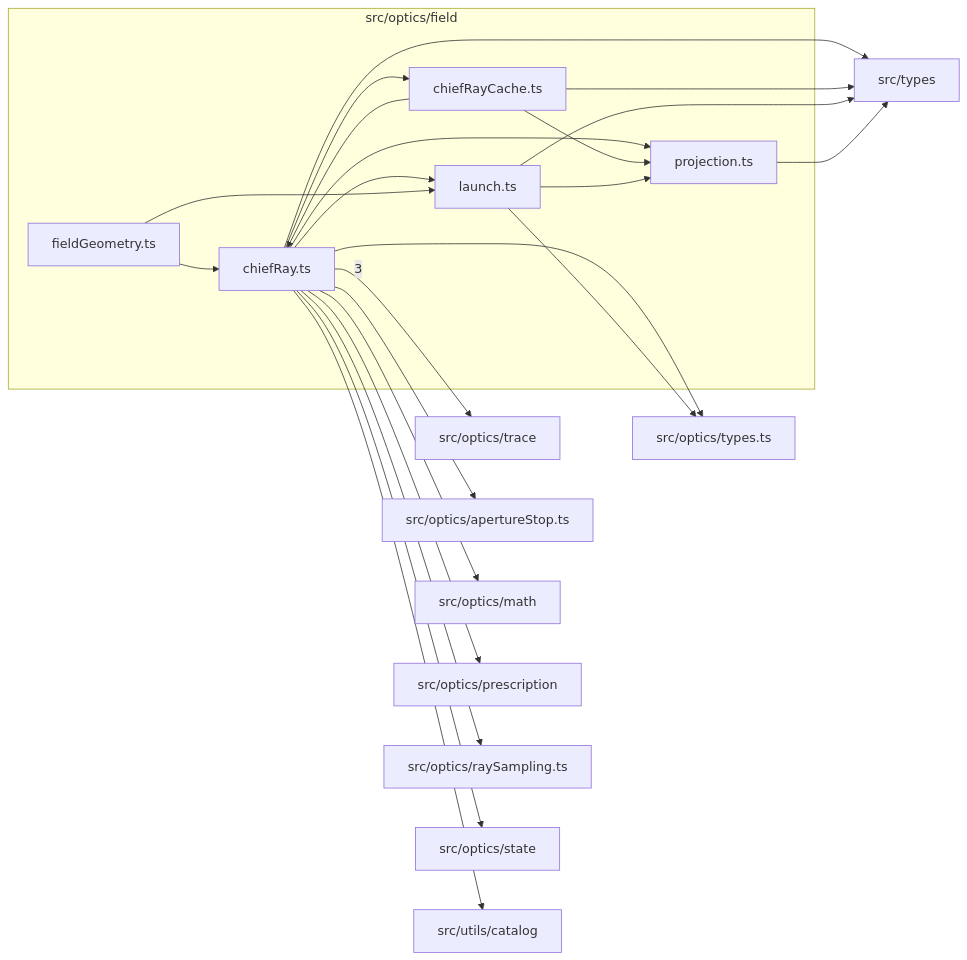
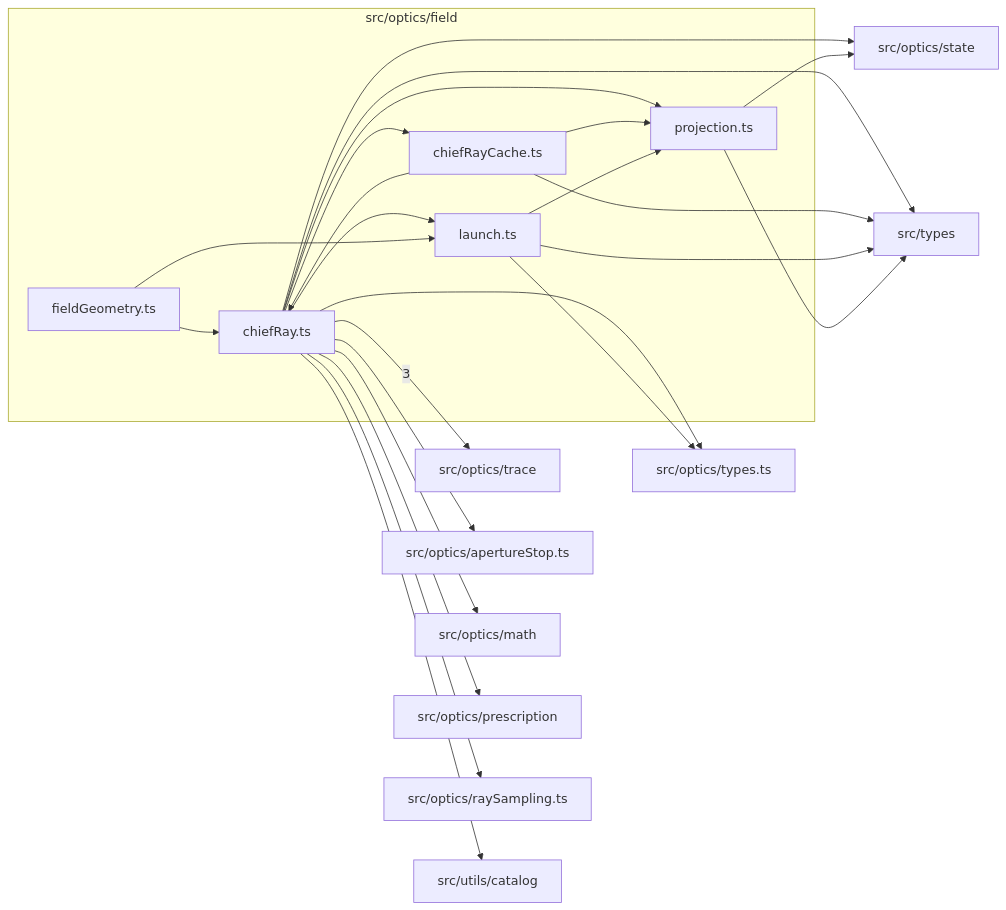
One commit to ronbuening/LensVisualizer changed the diagram in src/optics/field/readme.md. Above: the diagram before and after it, drawn with Mermaid. The commit also changed other lines of this file and 40 other files, not shown here.

````diff
--- a/src/optics/field/readme.md
+++ b/src/optics/field/readme.md
@@ -9,40 +9,41 @@
 ```mermaid
 flowchart LR
   subgraph n_src_optics_field["src/optics/field"]
     n_src_optics_field_src_optics_field_chiefRay_ts["chiefRay.ts"]
     n_src_optics_field_src_optics_field_chiefRayCache_ts["chiefRayCache.ts"]
     n_src_optics_field_src_optics_field_fieldGeometry_ts["fieldGeometry.ts"]
     n_src_optics_field_src_optics_field_launch_ts["launch.ts"]
     n_src_optics_field_src_optics_field_projection_ts["projection.ts"]
   end
   n_external_src_optics_trace["src/optics/trace"]
   n_external_src_optics_apertureStop_ts["src/optics/apertureStop.ts"]
   n_external_src_optics_math["src/optics/math"]
   n_external_src_optics_prescription["src/optics/prescription"]
   n_external_src_optics_raySampling_ts["src/optics/raySampling.ts"]
   n_external_src_optics_state["src/optics/state"]
   n_external_src_optics_types_ts["src/optics/types.ts"]
   n_external_src_types["src/types"]
   n_external_src_utils_catalog["src/utils/catalog"]
   n_src_optics_field_src_optics_field_chiefRay_ts --> |3| n_external_src_optics_trace
   n_src_optics_field_src_optics_field_chiefRay_ts --> n_external_src_optics_apertureStop_ts
   n_src_optics_field_src_optics_field_chiefRay_ts --> n_external_src_optics_math
   n_src_optics_field_src_optics_field_chiefRay_ts --> n_external_src_optics_prescription
   n_src_optics_field_src_optics_field_chiefRay_ts --> n_external_src_optics_raySampling_ts
   n_src_optics_field_src_optics_field_chiefRay_ts --> n_external_src_optics_state
+  n_src_optics_field_src_optics_field_projection_ts --> n_external_src_optics_state
   n_src_optics_field_src_optics_field_chiefRay_ts --> n_external_src_optics_types_ts
   n_src_optics_field_src_optics_field_launch_ts --> n_external_src_optics_types_ts
   n_src_optics_field_src_optics_field_chiefRay_ts --> n_external_src_types
   n_src_optics_field_src_optics_field_chiefRayCache_ts --> n_external_src_types
   n_src_optics_field_src_optics_field_launch_ts --> n_external_src_types
   n_src_optics_field_src_optics_field_projection_ts --> n_external_src_types
   n_src_optics_field_src_optics_field_chiefRay_ts --> n_external_src_utils_catalog
   n_src_optics_field_src_optics_field_chiefRayCache_ts --> n_src_optics_field_src_optics_field_chiefRay_ts
   n_src_optics_field_src_optics_field_fieldGeometry_ts --> n_src_optics_field_src_optics_field_chiefRay_ts
   n_src_optics_field_src_optics_field_chiefRay_ts --> n_src_optics_field_src_optics_field_chiefRayCache_ts
   n_src_optics_field_src_optics_field_chiefRay_ts --> n_src_optics_field_src_optics_field_launch_ts
   n_src_optics_field_src_optics_field_fieldGeometry_ts --> n_src_optics_field_src_optics_field_launch_ts
   n_src_optics_field_src_optics_field_chiefRay_ts --> n_src_optics_field_src_optics_field_projection_ts
   n_src_optics_field_src_optics_field_chiefRayCache_ts --> n_src_optics_field_src_optics_field_projection_ts
   n_src_optics_field_src_optics_field_launch_ts --> n_src_optics_field_src_optics_field_projection_ts
 ```
````
